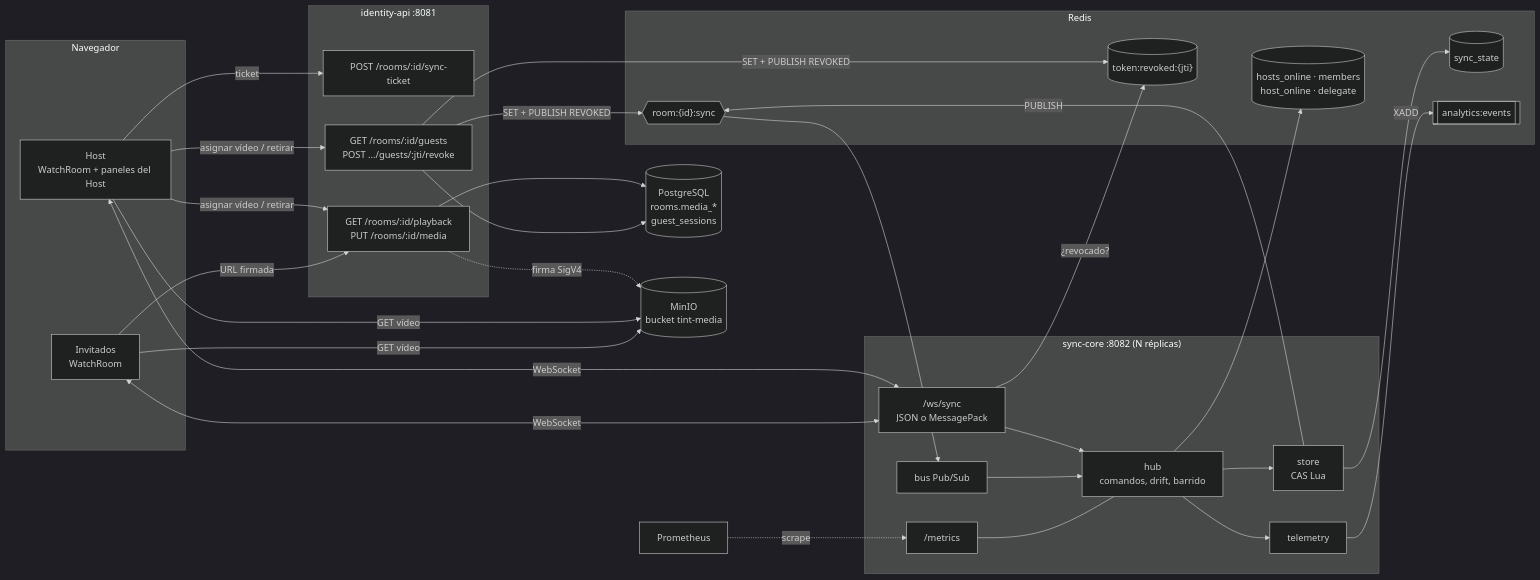
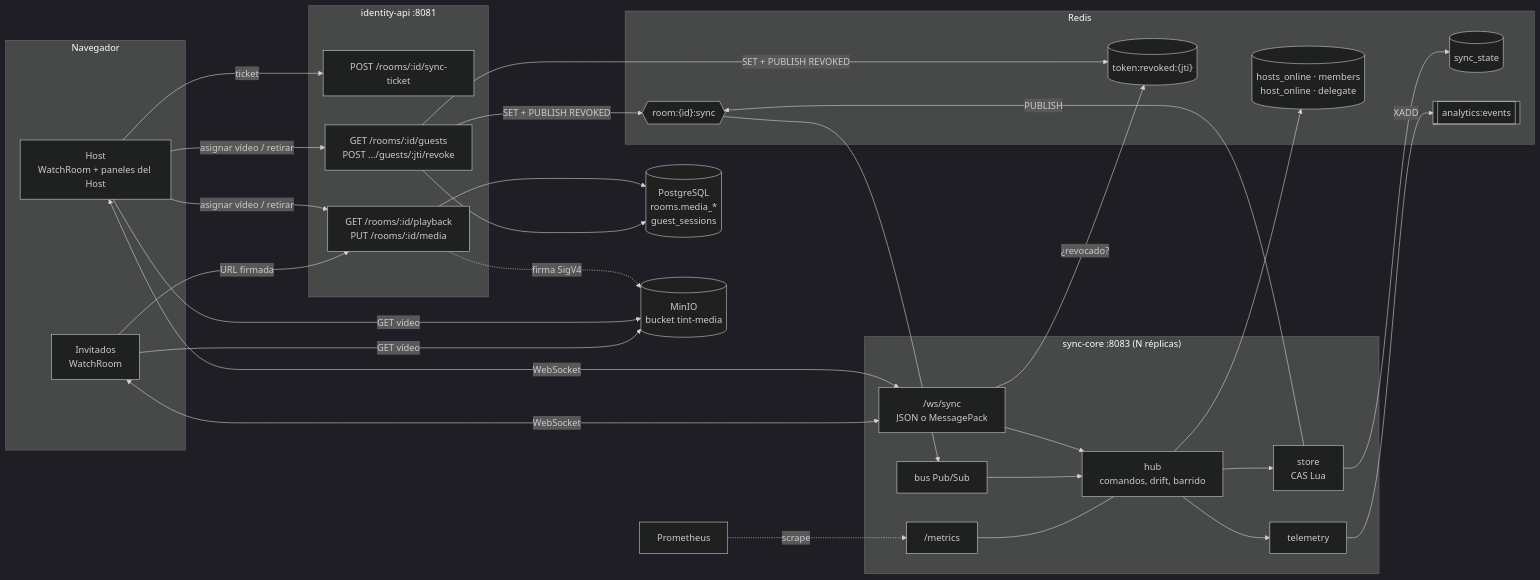
Before and after one commit to N1ghtlyC0de/TINT: the second of 17 diagrams in docs/dominio-reproduccion.md, drawn with Mermaid (dark theme). The commit also changed other lines of this file and 5 other files, not shown here.

First line of the commit message:
docs: flujo completo de vídeo, C4, Redis y ERD de todas las tablas

````diff
--- a/docs/dominio-reproduccion.md
+++ b/docs/dominio-reproduccion.md
@@ -163,55 +169,55 @@
 ```mermaid
 flowchart LR
     subgraph Navegador
         H["Host<br/>WatchRoom + paneles del Host"]
         G["Invitados<br/>WatchRoom"]
     end
 
     subgraph identity["identity-api :8081"]
         T["POST /rooms/:id/sync-ticket"]
         PB["GET /rooms/:id/playback<br/>PUT /rooms/:id/media"]
         GS["GET /rooms/:id/guests<br/>POST .../guests/:jti/revoke"]
     end
 
     PG[("PostgreSQL<br/>rooms.media_*<br/>guest_sessions")]
     MI[("MinIO<br/>bucket tint-media")]
 
-    subgraph sync["sync-core :8082 (N réplicas)"]
+    subgraph sync["sync-core :8083 (N réplicas)"]
         WS["/ws/sync<br/>JSON o MessagePack"]
         HUB["hub<br/>comandos, drift, barrido"]
         ST["store<br/>CAS Lua"]
         BUS["bus Pub/Sub"]
         TEL["telemetry"]
         MET["/metrics"]
     end
 
     subgraph redis["Redis"]
         S[("sync_state")]
         P{{"room:{id}:sync"}}
         Z[("hosts_online · members<br/>host_online · delegate")]
         RV[("token:revoked:{jti}")]
         A[["analytics:events"]]
     end
 
     PROM["Prometheus"]
 
     H -- "ticket" --> T
     H -- "asignar vídeo / retirar" --> PB & GS
     G -- "URL firmada" --> PB
     PB --> PG
     GS --> PG
     PB -. "firma SigV4" .-> MI
     H & G -- "GET vídeo" --> MI
     H <-- WebSocket --> WS
     G <-- WebSocket --> WS
     WS --> HUB --> ST
     ST --> S
     ST -- PUBLISH --> P
     HUB --> Z
     GS -- "SET + PUBLISH REVOKED" --> RV & P
     WS -- "¿revocado?" --> RV
     P --> BUS --> HUB
     HUB --> TEL -- XADD --> A
     MET --- HUB
     PROM -. scrape .-> MET
 ```
````
